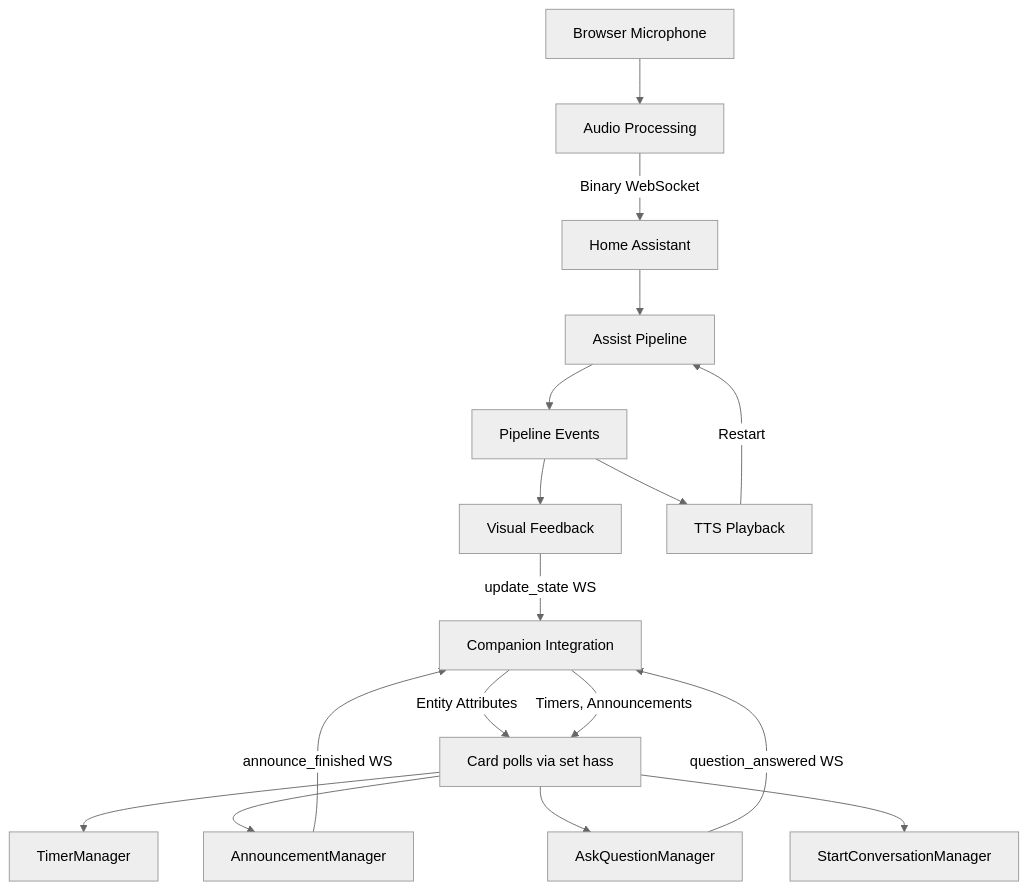
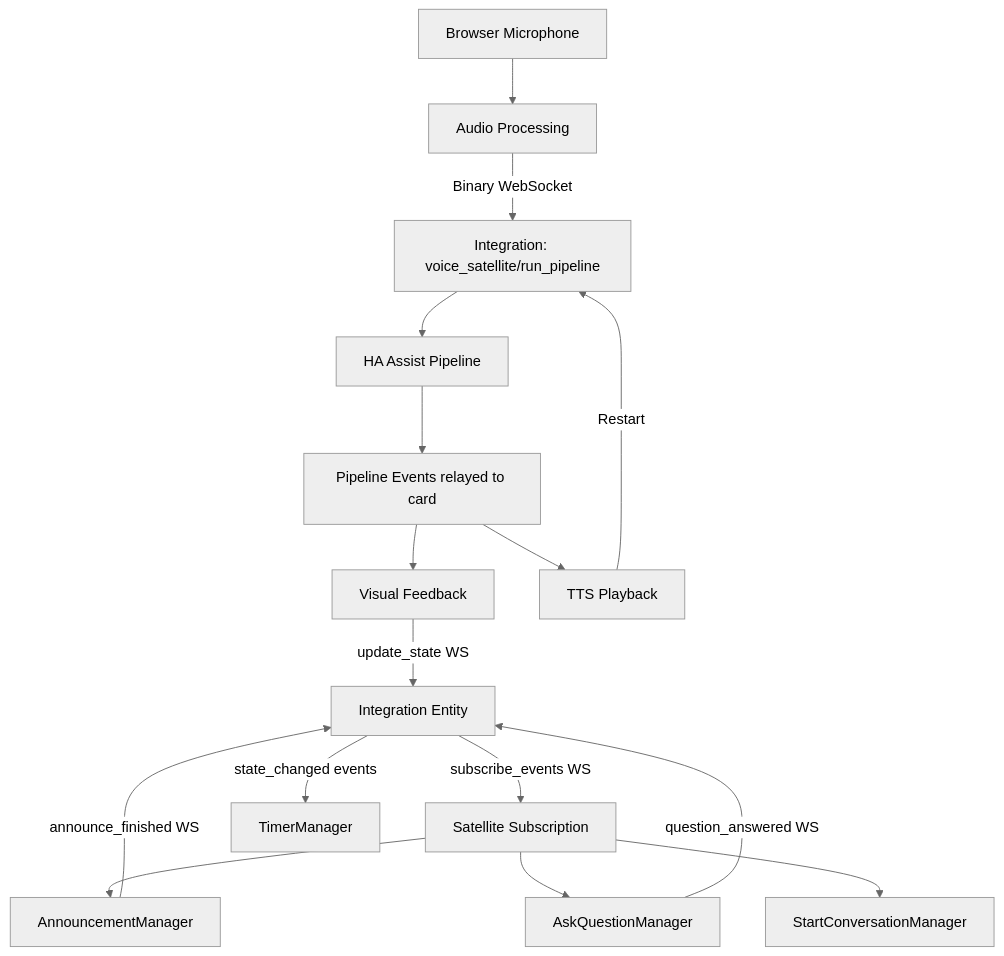
The diagram in DESIGN.md (jxlarrea/voice-satellite-card-integration), drawn with Mermaid (neutral theme) before and after one commit. The commit also changed other lines of this file, not shown here.

````diff
--- a/DESIGN.md
+++ b/DESIGN.md
@@ -13,20 +17,21 @@
 ```mermaid
 graph TD
     A[Browser Microphone] --> B[Audio Processing]
-    B -->|Binary WebSocket| C[Home Assistant]
-    C --> D[Assist Pipeline]
-    D --> E[Pipeline Events]
+    B -->|Binary WebSocket| C[Integration: voice_satellite/run_pipeline]
+    C --> D[HA Assist Pipeline]
+    D --> E[Pipeline Events relayed to card]
     E --> F[Visual Feedback]
     E --> G[TTS Playback]
-    G -->|Restart| D
+    G -->|Restart| C
 
-    H[Companion Integration] -->|Entity Attributes| I[Card polls via set hass]
-    I --> J[TimerManager]
-    I --> K[AnnouncementManager]
-    I --> L[AskQuestionManager]
-    I --> M[StartConversationManager]
-    K -->|announce_finished WS| H
-    L -->|question_answered WS| H
+    H[Integration Entity] -->|subscribe_events WS| I[Satellite Subscription]
+    I --> J[AnnouncementManager]
+    I --> K[AskQuestionManager]
+    I --> L[StartConversationManager]
+
+    H -->|state_changed events| M[TimerManager]
+
+    J -->|announce_finished WS| H
+    K -->|question_answered WS| H
     F -->|update_state WS| H
-    H -->|Timers, Announcements| I
 ```
````
